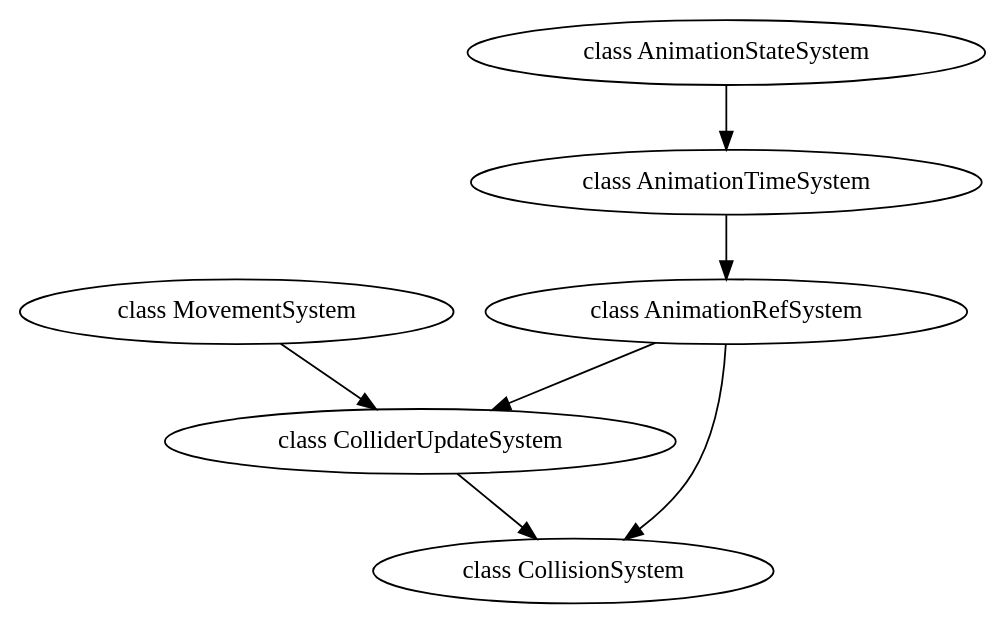
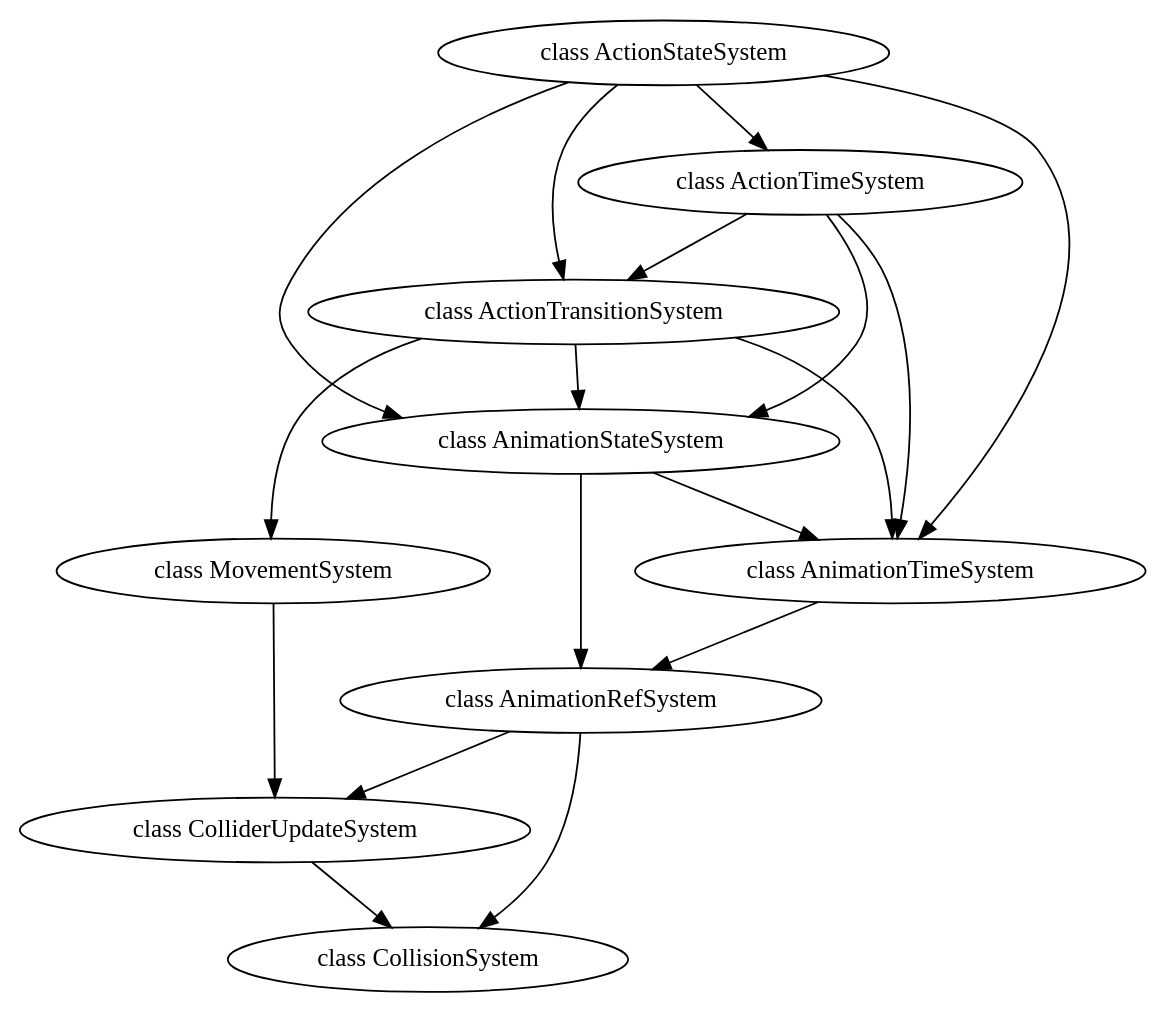
One commit to Vallhup/GameServer changed the diagram in WITH_Server/JobGraph Study/graph.gv. Above: the diagram before and after it, drawn with Graphviz. The commit also changed 19 other files, not shown here.

Commit message:
Action System 구현

```diff
--- a/WITH_Server/JobGraph Study/graph.gv
+++ b/WITH_Server/JobGraph Study/graph.gv
@@ -1,9 +1,20 @@
 digraph JobGraph {
+  "class ActionStateSystem" -> "class ActionTimeSystem";
+  "class ActionStateSystem" -> "class ActionTransitionSystem";
+  "class ActionStateSystem" -> "class AnimationStateSystem";
+  "class ActionStateSystem" -> "class AnimationTimeSystem";
+  "class ActionTimeSystem" -> "class ActionTransitionSystem";
+  "class ActionTimeSystem" -> "class AnimationStateSystem";
+  "class ActionTimeSystem" -> "class AnimationTimeSystem";
+  "class ActionTransitionSystem" -> "class MovementSystem";
+  "class ActionTransitionSystem" -> "class AnimationStateSystem";
+  "class ActionTransitionSystem" -> "class AnimationTimeSystem";
   "class MovementSystem" -> "class ColliderUpdateSystem";
   "class AnimationStateSystem" -> "class AnimationTimeSystem";
+  "class AnimationStateSystem" -> "class AnimationRefSystem";
   "class AnimationTimeSystem" -> "class AnimationRefSystem";
   "class AnimationRefSystem" -> "class ColliderUpdateSystem";
   "class AnimationRefSystem" -> "class CollisionSystem";
   "class ColliderUpdateSystem" -> "class CollisionSystem";
   "class CollisionSystem";
 }
```
